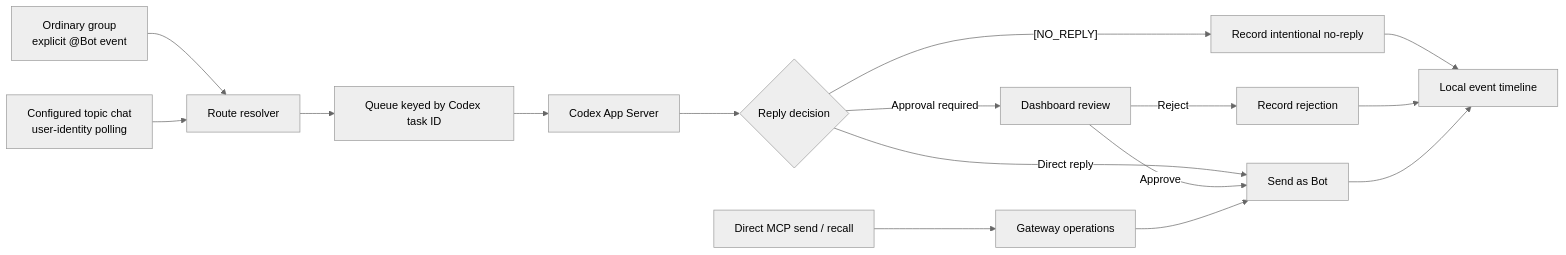
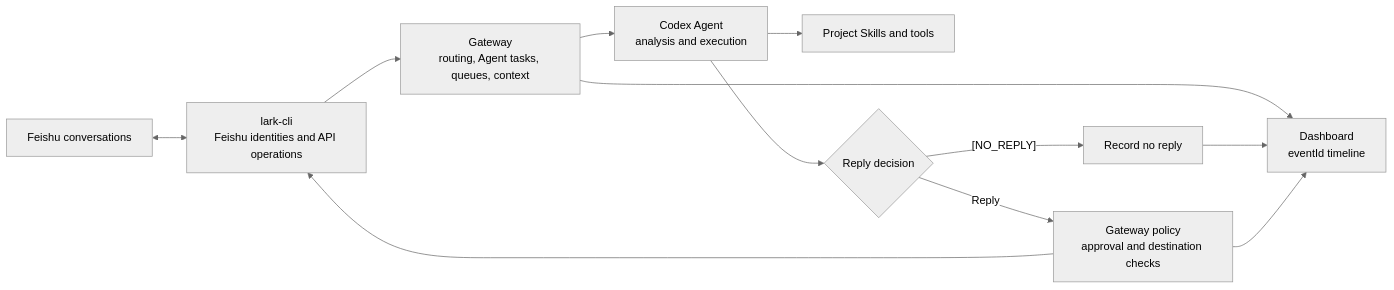
Before and after one commit to liuyuan0018/lark_codex_gateway: the diagram in README.md, drawn with Mermaid (neutral theme). The commit also changed other lines of this file and 1 other file, not shown here.

Commit message:
docs: clarify gateway responsibility boundaries

````diff
--- a/README.md
+++ b/README.md
@@ -42,18 +55,14 @@
 ```mermaid
 flowchart LR
-    A["Ordinary group<br/>explicit @Bot event"] --> R["Route resolver"]
-    B["Configured topic chat<br/>user-identity polling"] --> R
-    C["Direct MCP send / recall"] --> G["Gateway operations"]
-    R --> Q["Queue keyed by Codex task ID"]
-    Q --> X["Codex App Server"]
-    X --> N{"Reply decision"}
-    N -->|"[NO_REPLY]"| O["Record intentional no-reply"]
-    N -->|"Approval required"| P["Dashboard review"]
-    N -->|"Direct reply"| S["Send as Bot"]
-    P -->|"Approve"| S
-    P -->|"Reject"| J["Record rejection"]
-    G --> S
-    O --> D["Local event timeline"]
-    J --> D
-    S --> D
+    F["Feishu conversations"] <--> L["lark-cli<br/>Feishu identities and API operations"]
+    L --> G["Gateway<br/>routing, Agent tasks, queues, context"]
+    G --> A["Codex Agent<br/>analysis and execution"]
+    A --> K["Project Skills and tools"]
+    A --> R{"Reply decision"}
+    R -->|"[NO_REPLY]"| O["Record no reply"]
+    R -->|"Reply"| P["Gateway policy<br/>approval and destination checks"]
+    P --> L
+    G --> D["Dashboard<br/>eventId timeline"]
+    O --> D
+    P --> D
 ```
````
